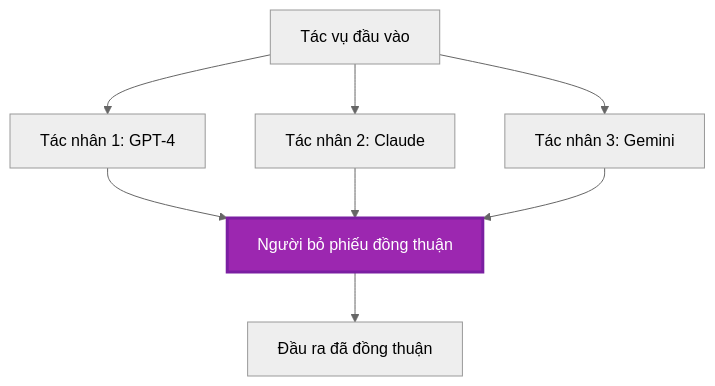
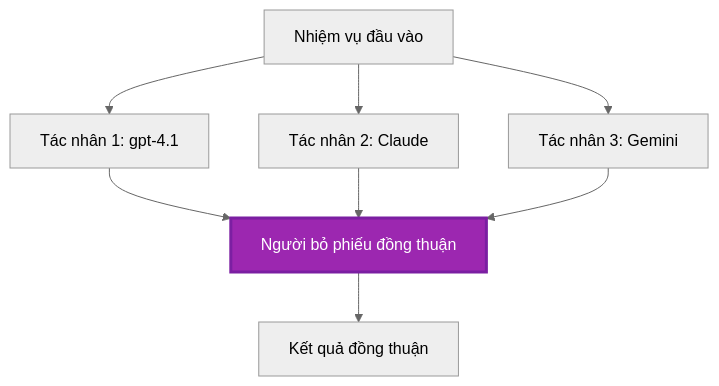
One commit to microsoft/AZD-for-beginners changed the fifth of 6 diagrams in translations/vi/docs/chapter-06-pre-deployment/coordination-patterns.md. Above: the diagram before and after it, drawn with Mermaid (neutral theme). The commit also changed other lines of this file and 101 other files, not shown here.

````diff
--- a/translations/vi/docs/chapter-06-pre-deployment/coordination-patterns.md
+++ b/translations/vi/docs/chapter-06-pre-deployment/coordination-patterns.md
@@ -231,19 +225,19 @@
 ```mermaid
 graph TB
-    Input[Tác vụ đầu vào]
-    Agent1[Tác nhân 1: GPT-4]
+    Input[Nhiệm vụ đầu vào]
+    Agent1[Tác nhân 1: gpt-4.1]
     Agent2[Tác nhân 2: Claude]
     Agent3[Tác nhân 3: Gemini]
     Voter[Người bỏ phiếu đồng thuận]
-    Output[Đầu ra đã đồng thuận]
+    Output[Kết quả đồng thuận]
     
     Input --> Agent1
     Input --> Agent2
     Input --> Agent3
     Agent1 --> Voter
     Agent2 --> Voter
     Agent3 --> Voter
     Voter --> Output
     
     style Voter fill:#9C27B0,stroke:#7B1FA2,stroke-width:3px,color:#fff
 ```
````
